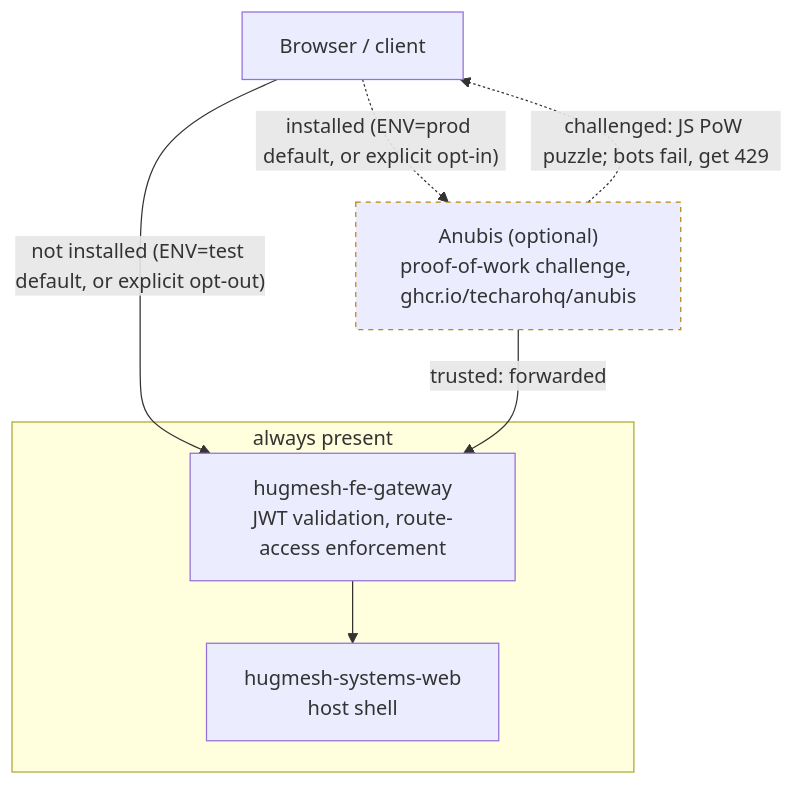
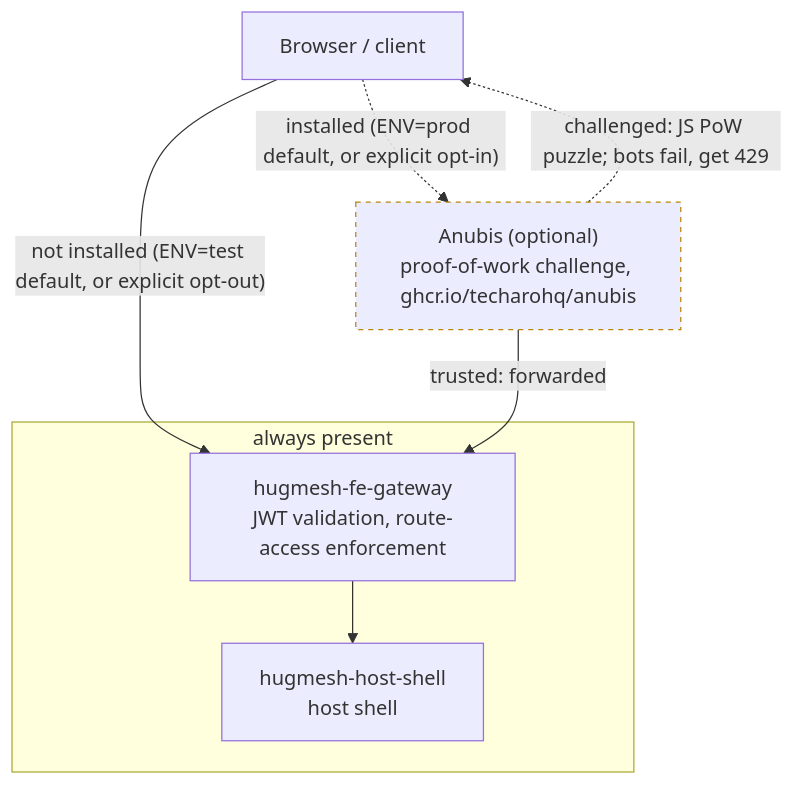
One commit to hugmesh/hugmesh.github.io changed the third of 3 diagrams in content/architecture/frontend-gateway.md. Above: the diagram before and after it, drawn with Mermaid. The commit also changed other lines of this file and 17 other files, not shown here.

````diff
--- a/content/architecture/frontend-gateway.md
+++ b/content/architecture/frontend-gateway.md
@@ -422,21 +435,21 @@
 ```mermaid
 flowchart TD
     client["Browser / client"]
     anubis["Anubis (optional)<br/>proof-of-work challenge, ghcr.io/techarohq/anubis"]
     feg["hugmesh-fe-gateway<br/>JWT validation, route-access enforcement"]
-    web["hugmesh-systems-web<br/>host shell"]
+    web["hugmesh-host-shell<br/>host shell"]
 
     client -.->|"installed (ENV=prod default, or explicit opt-in)"| anubis
     client -->|"not installed (ENV=test default, or explicit opt-out)"| feg
     anubis -->|"trusted: forwarded"| feg
     anubis -.->|"challenged: JS PoW puzzle; bots fail, get 429"| client
     feg --> web
 
     subgraph shipped["always present"]
         feg
         web
     end
 
     classDef optional stroke-dasharray:4,stroke:#b8860b
     class anubis optional
 ```
````
